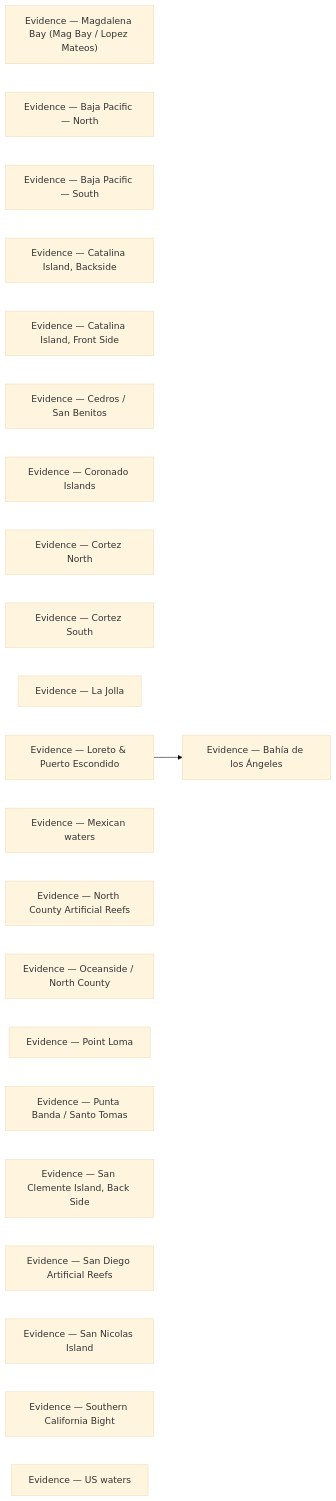
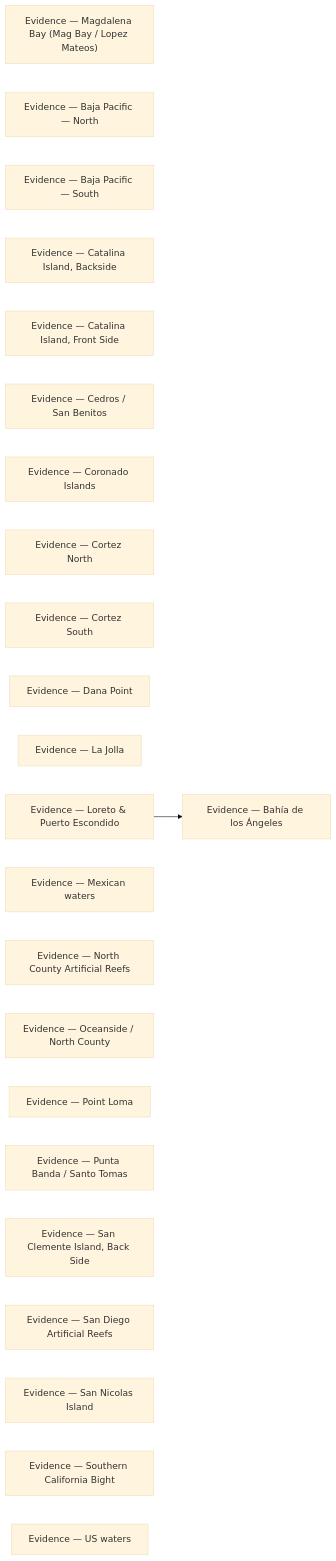
Before and after one commit to camchuckpete-max/Socal-Fishing-Knowledge: the diagram in locations/evidence/README.md, drawn with Mermaid (base theme). The commit also changed other lines of this file and 28 other files, not shown here.

Commit message:
review: locations/dana-point.md — zone page

````diff
--- a/locations/evidence/README.md
+++ b/locations/evidence/README.md
@@ -35,26 +36,27 @@
 ```mermaid
 graph LR
   n0["Evidence — Bahía de los Ángeles"]
   n1["Evidence — Magdalena Bay (Mag Bay / Lopez Mateos)"]
   n2["Evidence — Baja Pacific — North"]
   n3["Evidence — Baja Pacific — South"]
   n4["Evidence — Catalina Island, Backside"]
   n5["Evidence — Catalina Island, Front Side"]
   n6["Evidence — Cedros / San Benitos"]
   n7["Evidence — Coronado Islands"]
   n8["Evidence — Cortez North"]
   n9["Evidence — Cortez South"]
-  n10["Evidence — La Jolla"]
-  n11["Evidence — Loreto & Puerto Escondido"]
-  n12["Evidence — Mexican waters"]
-  n13["Evidence — North County Artificial Reefs"]
-  n14["Evidence — Oceanside / North County"]
-  n15["Evidence — Point Loma"]
-  n16["Evidence — Punta Banda / Santo Tomas"]
-  n17["Evidence — San Clemente Island, Back Side"]
-  n18["Evidence — San Diego Artificial Reefs"]
-  n19["Evidence — San Nicolas Island"]
-  n20["Evidence — Southern California Bight"]
-  n21["Evidence — US waters"]
-  n11 --> n0
+  n10["Evidence — Dana Point"]
+  n11["Evidence — La Jolla"]
+  n12["Evidence — Loreto & Puerto Escondido"]
+  n13["Evidence — Mexican waters"]
+  n14["Evidence — North County Artificial Reefs"]
+  n15["Evidence — Oceanside / North County"]
+  n16["Evidence — Point Loma"]
+  n17["Evidence — Punta Banda / Santo Tomas"]
+  n18["Evidence — San Clemente Island, Back Side"]
+  n19["Evidence — San Diego Artificial Reefs"]
+  n20["Evidence — San Nicolas Island"]
+  n21["Evidence — Southern California Bight"]
+  n22["Evidence — US waters"]
+  n12 --> n0
 ```
````
